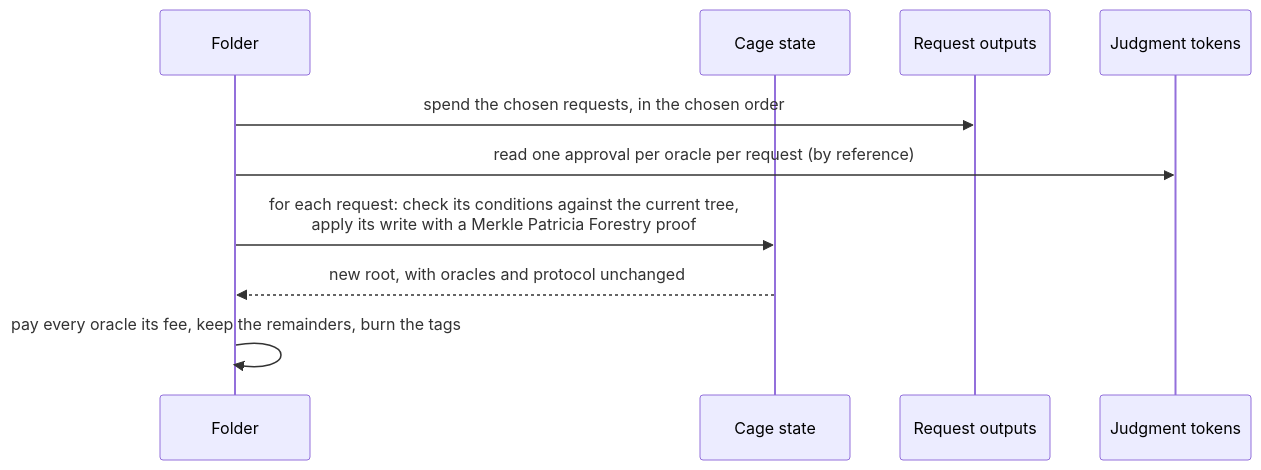
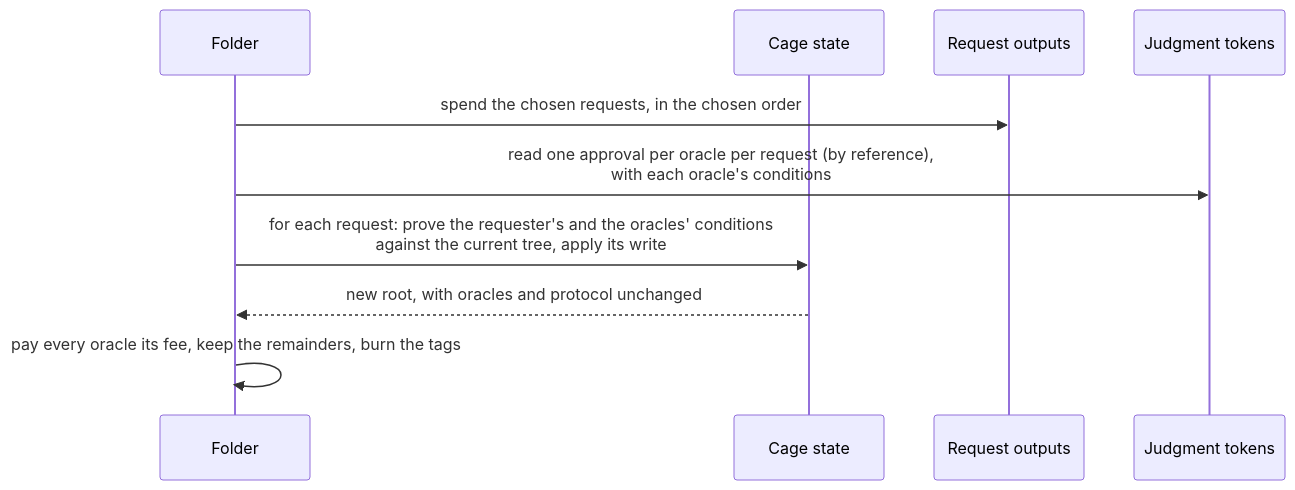
The fifth of 6 diagrams in docs/design/registries/lifecycle.md (cardano-foundation/cardano-mpfs-onchain), drawn with Mermaid before and after one commit. The commit also changed other lines of this file and 3 other files, not shown here.

Commit message:
docs(specs): registry rules, request tokens and oracle conditions

````diff
--- a/docs/design/registries/lifecycle.md
+++ b/docs/design/registries/lifecycle.md
@@ -94,12 +96,12 @@
 ```mermaid
 sequenceDiagram
   participant F as Folder
   participant C as Cage state
   participant Q as Request outputs
   participant J as Judgment tokens
   F->>Q: spend the chosen requests, in the chosen order
-  F->>J: read one approval per oracle per request (by reference)
-  F->>C: for each request: check its conditions against the current tree,<br/>apply its write with a Merkle Patricia Forestry proof
+  F->>J: read one approval per oracle per request (by reference),<br/>with each oracle's conditions
+  F->>C: for each request: prove the requester's and the oracles' conditions<br/>against the current tree, apply its write
   C-->>F: new root, with oracles and protocol unchanged
   F->>F: pay every oracle its fee, keep the remainders, burn the tags
 ```
````
